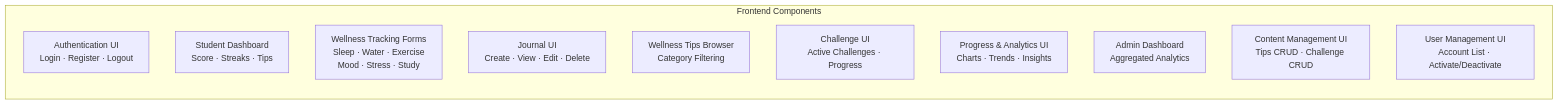
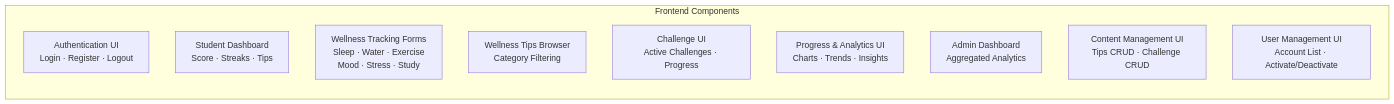
The second of 21 diagrams in ARCHITECTURE.md (goxxie08/Wellvia), drawn with Mermaid before and after one commit. The commit also changed other lines of this file and 2 other files, not shown here.

Commit message:
docs: remove journal feature references

````diff
--- a/ARCHITECTURE.md
+++ b/ARCHITECTURE.md
@@ -231,15 +227,14 @@
 ```mermaid
 flowchart LR
     subgraph Frontend["Frontend Components"]
         AuthUI["Authentication UI<br/>Login · Register · Logout"]
         StudentDash["Student Dashboard<br/>Score · Streaks · Tips"]
         WellnessForms["Wellness Tracking Forms<br/>Sleep · Water · Exercise<br/>Mood · Stress · Study"]
-        JournalUI["Journal UI<br/>Create · View · Edit · Delete"]
         TipsUI["Wellness Tips Browser<br/>Category Filtering"]
         ChallengeUI["Challenge UI<br/>Active Challenges · Progress"]
         ProgressUI["Progress & Analytics UI<br/>Charts · Trends · Insights"]
         AdminDash["Admin Dashboard<br/>Aggregated Analytics"]
         ContentMgmt["Content Management UI<br/>Tips CRUD · Challenge CRUD"]
         UserMgmt["User Management UI<br/>Account List · Activate/Deactivate"]
     end
 ```
````
